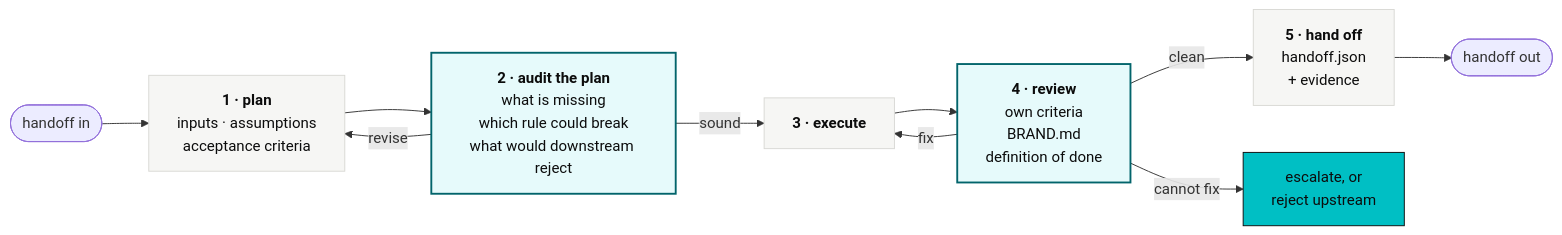
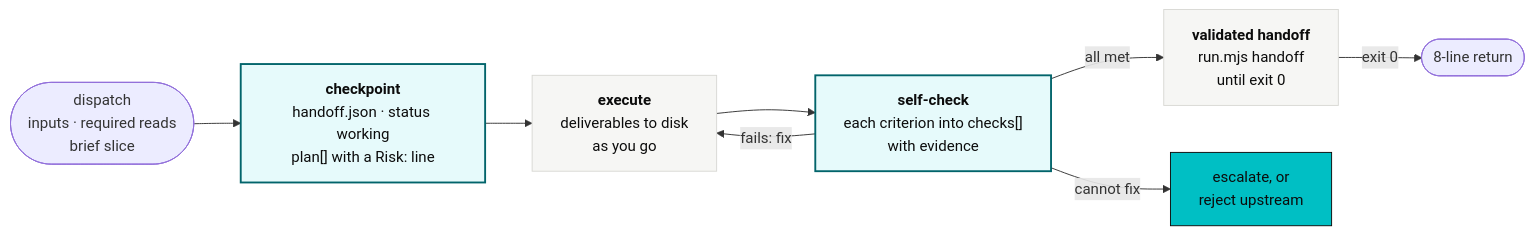
Before and after one commit to Shehabov/actio: the diagram in README.md, drawn with Mermaid. The commit also changed other lines of this file and 116 other files, not shown here.

````diff
--- a/README.md
+++ b/README.md
@@ -68,20 +76,19 @@
 ```mermaid
 flowchart LR
-  IN(["handoff in"]) --> P
-  P["<b>1 · plan</b><br/>inputs · assumptions<br/>acceptance criteria"]:::step
-  A["<b>2 · audit the plan</b><br/>what is missing<br/>which rule could break<br/>what would downstream reject"]:::audit
-  E["<b>3 · execute</b>"]:::step
-  R["<b>4 · review</b><br/>own criteria<br/>BRAND.md<br/>definition of done"]:::audit
-  H["<b>5 · hand off</b><br/>handoff.json<br/>+ evidence"]:::step
-  P --> A
-  A -- "revise" --> P
-  A -- "sound" --> E
-  E --> R
-  R -- "fix" --> E
-  R -- "cannot fix" --> ESC["escalate, or<br/>reject upstream"]:::esc
-  R -- "clean" --> H
-  H --> OUT(["handoff out"])
+  IN(["dispatch<br/>inputs · required reads<br/>brief slice"]) --> CP
+  CP["<b>checkpoint</b><br/>handoff.json · status working<br/>plan[] with a Risk: line"]:::audit
+  EX["<b>execute</b><br/>deliverables to disk<br/>as you go"]:::step
+  SC["<b>self-check</b><br/>each criterion into checks[]<br/>with evidence"]:::audit
+  HO["<b>validated handoff</b><br/>run.mjs handoff<br/>until exit 0"]:::step
+  RET(["8-line return"])
+  ESC["escalate, or<br/>reject upstream"]:::esc
+  CP --> EX
+  EX --> SC
+  SC -- "fails: fix" --> EX
+  SC -- "cannot fix" --> ESC
+  SC -- "all met" --> HO
+  HO -- "exit 0" --> RET
   classDef step fill:#F6F6F4,stroke:#D8D8D4,color:#0C0C0C
   classDef audit fill:#E6FAFB,stroke:#02646B,stroke-width:2px,color:#0C0C0C
   classDef esc fill:#00BFC4,stroke:#0C0C0C,color:#0C0C0C
 ```
````
